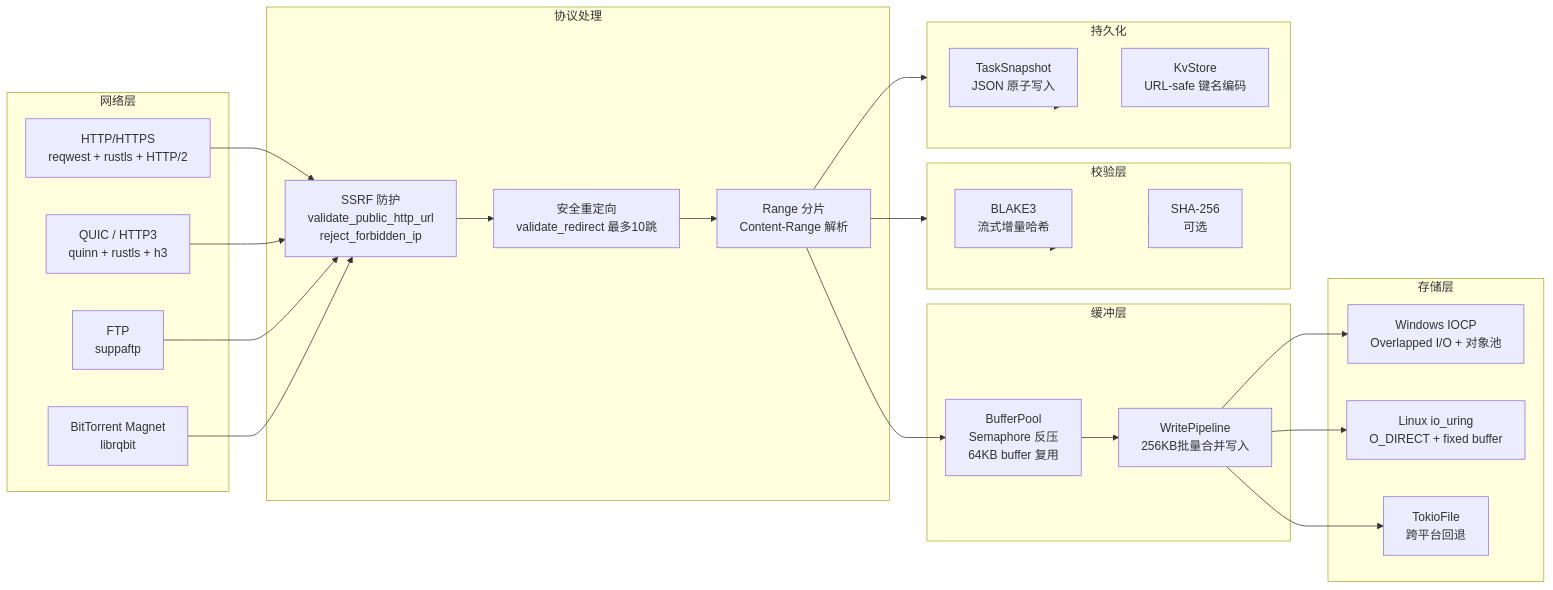
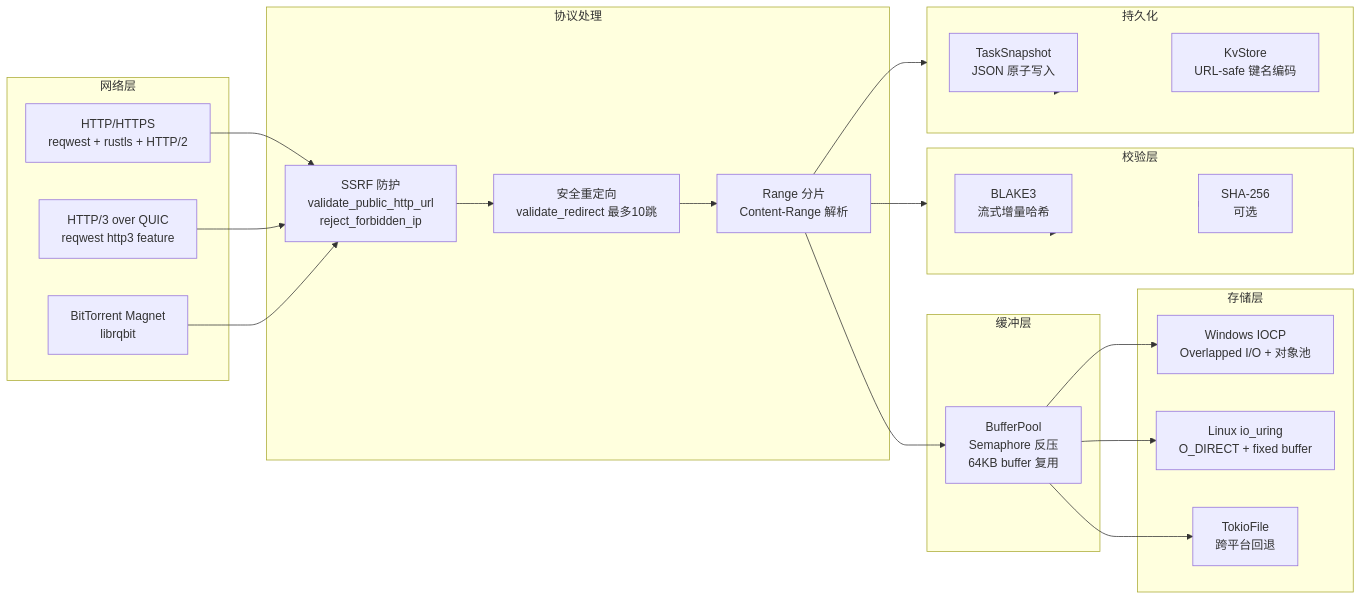
One commit to baiye2941/Tachyon changed the sixth of 7 diagrams in docs/architecture.md. Above: the diagram before and after it, drawn with Mermaid. The commit also changed other lines of this file and 153 other files, not shown here.

````diff
--- a/docs/architecture.md
+++ b/docs/architecture.md
@@ -455,54 +450,50 @@
 ```mermaid
 flowchart LR
     subgraph NET["网络层"]
         HTTP["HTTP/HTTPS<br/>reqwest + rustls + HTTP/2"]
-        QUIC["QUIC / HTTP3<br/>quinn + rustls + h3"]
-        FTP["FTP<br/>suppaftp"]
+        QUIC["HTTP/3 over QUIC<br/>reqwest http3 feature"]
         BT["BitTorrent Magnet<br/>librqbit"]
     end
 
     subgraph PROC["协议处理"]
         SSRF["SSRF 防护<br/>validate_public_http_url<br/>reject_forbidden_ip"]
         REDIR["安全重定向<br/>validate_redirect 最多10跳"]
         RANGE["Range 分片<br/>Content-Range 解析"]
     end
 
     subgraph BUF["缓冲层"]
         POOL["BufferPool<br/>Semaphore 反压<br/>64KB buffer 复用"]
-        PIPE["WritePipeline<br/>256KB批量合并写入"]
     end
 
     subgraph DISK["存储层"]
         IOCP["Windows IOCP<br/>Overlapped I/O + 对象池"]
         IOURING["Linux io_uring<br/>O_DIRECT + fixed buffer"]
         TOKIO["TokioFile<br/>跨平台回退"]
     end
 
     subgraph VERIFY["校验层"]
         BLAKE3["BLAKE3<br/>流式增量哈希"]
         SHA256["SHA-256<br/>可选"]
     end
 
     subgraph PERSIST["持久化"]
         SNAP["TaskSnapshot<br/>JSON 原子写入"]
         KV["KvStore<br/>URL-safe 键名编码"]
     end
 
     HTTP --> SSRF
     QUIC --> SSRF
-    FTP --> SSRF
     BT --> SSRF
     SSRF --> REDIR
     REDIR --> RANGE
     RANGE --> POOL
-    POOL --> PIPE
-    PIPE --> IOCP
-    PIPE --> IOURING
-    PIPE --> TOKIO
+    POOL --> IOCP
+    POOL --> IOURING
+    POOL --> TOKIO
     RANGE --> VERIFY
     VERIFY --> BLAKE3
     VERIFY --> SHA256
     RANGE --> PERSIST
     PERSIST --> SNAP
     PERSIST --> KV
 ```
````
